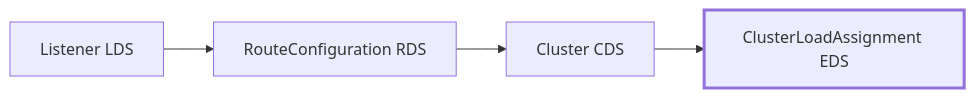
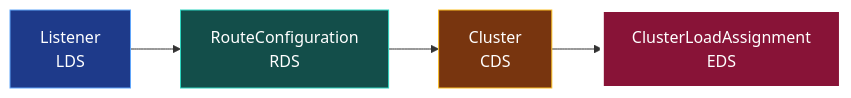
Before and after one commit to 0-draft/envoy-xds-deep-dive: the diagram in docs/06-eds/README.md, drawn with Mermaid. The commit also changed 27 other files, not shown here.

First line of the commit message:
docs: semantic color, distinct shapes, and a11y metadata for all mermaid diagrams

````diff
--- a/docs/06-eds/README.md
+++ b/docs/06-eds/README.md
@@ -9,7 +9,17 @@
 ```mermaid
 flowchart LR
-    L[Listener LDS] --> R[RouteConfiguration RDS]
-    R --> C[Cluster CDS]
-    C --> E[ClusterLoadAssignment EDS]
-    style E stroke-width:3px
+    accTitle: Where EDS sits in the dependency chain
+    accDescr: The ClusterLoadAssignment, served by EDS, is highlighted at the bottom of the chain after Listener, RouteConfiguration and Cluster.
+    L[Listener<br/>LDS] --> R[RouteConfiguration<br/>RDS]
+    R --> C[Cluster<br/>CDS]
+    C --> E[ClusterLoadAssignment<br/>EDS]
+    class L lds
+    class R rds
+    class C cds
+    class E eds
+    style E stroke:#fff,stroke-width:4px
+    classDef lds fill:#1e3a8a,stroke:#60a5fa,color:#fff
+    classDef rds fill:#134e4a,stroke:#2dd4bf,color:#fff
+    classDef cds fill:#78350f,stroke:#fbbf24,color:#fff
+    classDef eds fill:#881337,stroke:#fb7185,color:#fff
 ```
````
